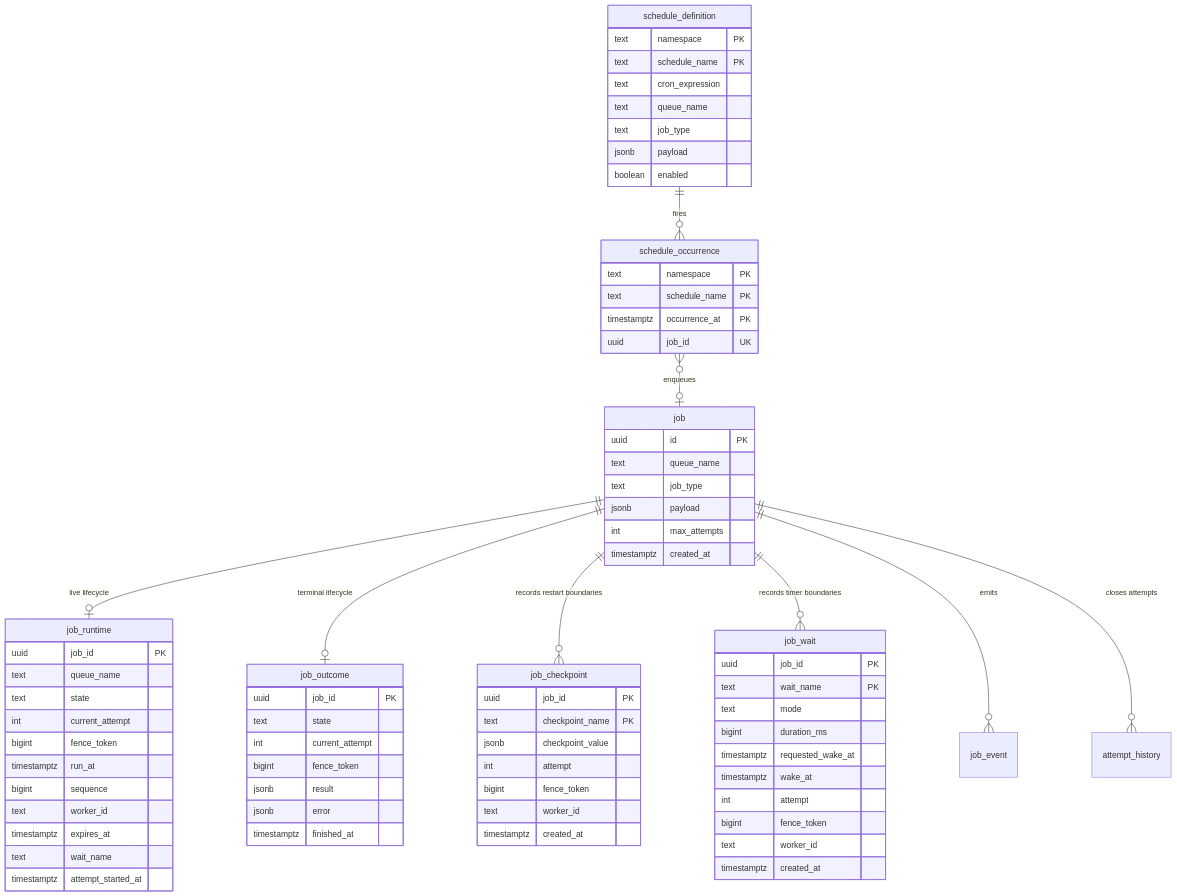
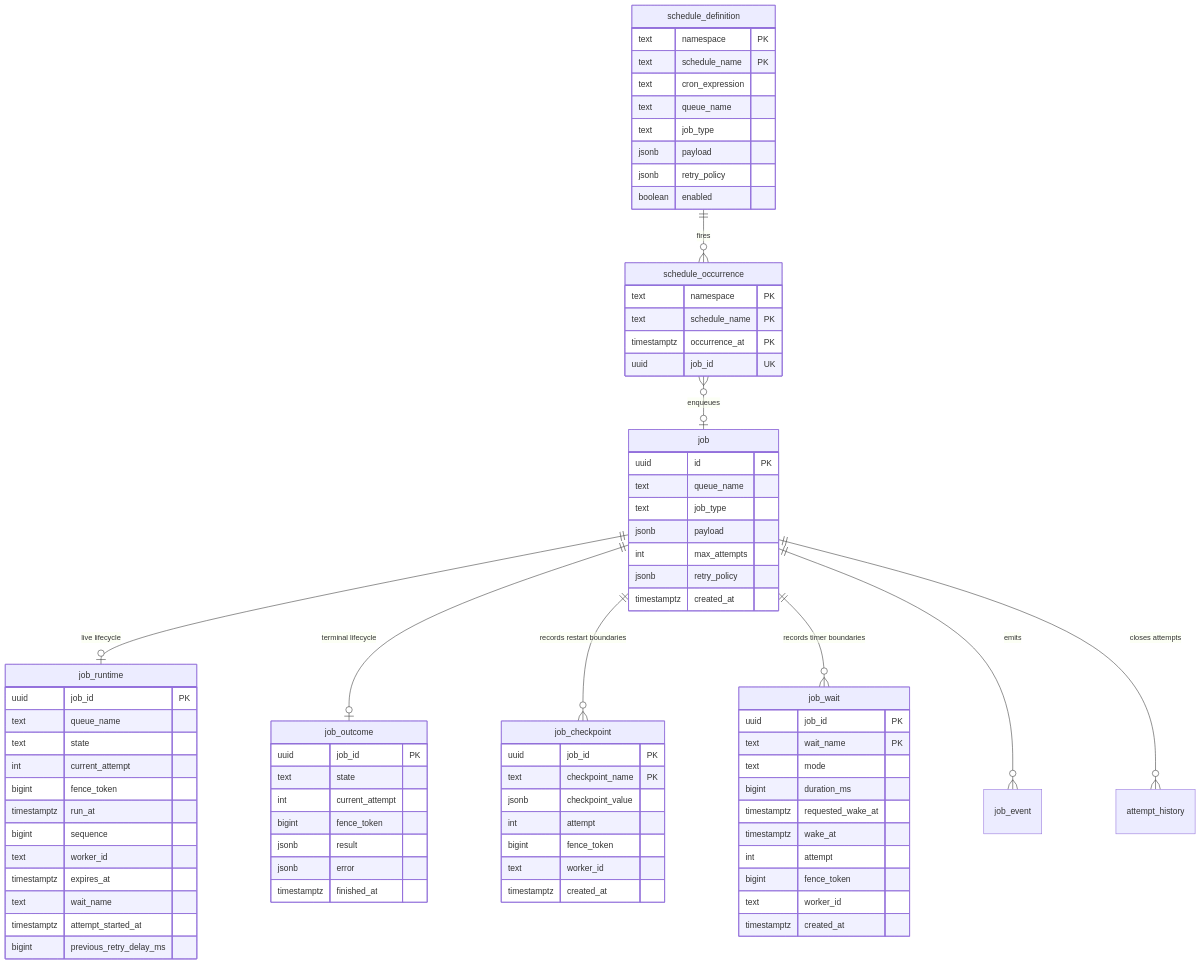
Before and after one commit to stablemates/workhorse: the second of 3 diagrams in docs/architecture.md, drawn with Mermaid. The commit also changed other lines of this file and 9 other files, not shown here.

Commit message:
docs: complete persisted retry policy rollout

````diff
--- a/docs/architecture.md
+++ b/docs/architecture.md
@@ -34,78 +36,81 @@
 ```mermaid
 erDiagram
   job ||--o| job_runtime : "live lifecycle"
   job ||--o| job_outcome : "terminal lifecycle"
   job ||--o{ job_checkpoint : "records restart boundaries"
   job ||--o{ job_wait : "records timer boundaries"
   job ||--o{ job_event : "emits"
   job ||--o{ attempt_history : "closes attempts"
   schedule_definition ||--o{ schedule_occurrence : "fires"
   schedule_occurrence }o--o| job : "enqueues"
 
   job {
     uuid id PK
     text queue_name
     text job_type
     jsonb payload
     int max_attempts
+    jsonb retry_policy
     timestamptz created_at
   }
   job_runtime {
     uuid job_id PK
     text queue_name
     text state
     int current_attempt
     bigint fence_token
     timestamptz run_at
     bigint sequence
     text worker_id
     timestamptz expires_at
     text wait_name
     timestamptz attempt_started_at
+    bigint previous_retry_delay_ms
   }
   job_outcome {
     uuid job_id PK
     text state
     int current_attempt
     bigint fence_token
     jsonb result
     jsonb error
     timestamptz finished_at
   }
   job_checkpoint {
     uuid job_id PK
     text checkpoint_name PK
     jsonb checkpoint_value
     int attempt
     bigint fence_token
     text worker_id
     timestamptz created_at
   }
   job_wait {
     uuid job_id PK
     text wait_name PK
     text mode
     bigint duration_ms
     timestamptz requested_wake_at
     timestamptz wake_at
     int attempt
     bigint fence_token
     text worker_id
     timestamptz created_at
   }
   schedule_definition {
     text namespace PK
     text schedule_name PK
     text cron_expression
     text queue_name
     text job_type
     jsonb payload
+    jsonb retry_policy
     boolean enabled
   }
   schedule_occurrence {
     text namespace PK
     text schedule_name PK
     timestamptz occurrence_at PK
     uuid job_id UK
   }
 ```
````
